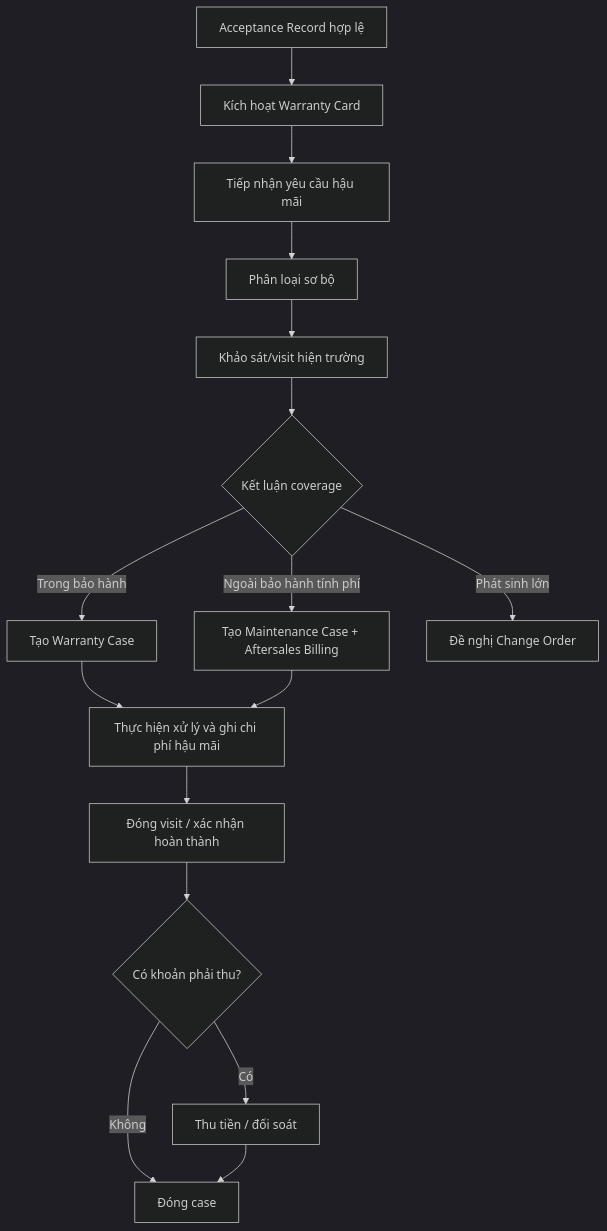
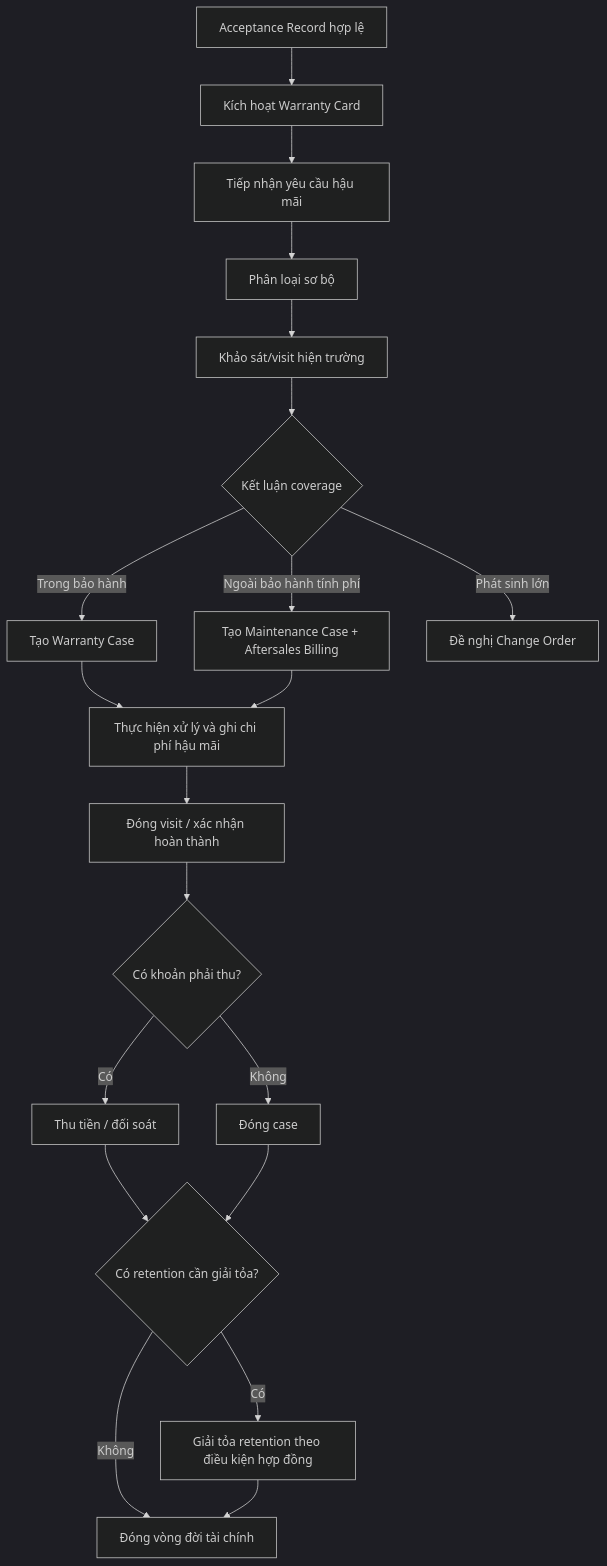
One commit to dungnt118/sira-thi-cong changed the diagram in documents/BA-V4/01-Business-Requirements/Warranty_Finance_Lifecycle_v4.md. Above: the diagram before and after it, drawn with Mermaid (dark theme). The commit also changed other lines of this file and 38 other files, not shown here.

````diff
--- a/documents/BA-V4/01-Business-Requirements/Warranty_Finance_Lifecycle_v4.md
+++ b/documents/BA-V4/01-Business-Requirements/Warranty_Finance_Lifecycle_v4.md
@@ -33,18 +36,22 @@
 ```mermaid
 flowchart TD
   A["Acceptance Record hợp lệ"] --> B["Kích hoạt Warranty Card"]
   B --> C["Tiếp nhận yêu cầu hậu mãi"]
   C --> D["Phân loại sơ bộ"]
   D --> E["Khảo sát/visit hiện trường"]
   E --> F{"Kết luận coverage"}
   F -->|Trong bảo hành| G["Tạo Warranty Case"]
   F -->|Ngoài bảo hành tính phí| H["Tạo Maintenance Case + Aftersales Billing"]
   F -->|Phát sinh lớn| I["Đề nghị Change Order"]
   G --> J["Thực hiện xử lý và ghi chi phí hậu mãi"]
   H --> J
   J --> K["Đóng visit / xác nhận hoàn thành"]
   K --> L{"Có khoản phải thu?"}
   L -->|Có| M["Thu tiền / đối soát"]
   L -->|Không| N["Đóng case"]
-  M --> N
+  M --> O{"Có retention cần giải tỏa?"}
+  N --> O
+  O -->|Có| P["Giải tỏa retention theo điều kiện hợp đồng"]
+  O -->|Không| Q["Đóng vòng đời tài chính"]
+  P --> Q
 ```
````
